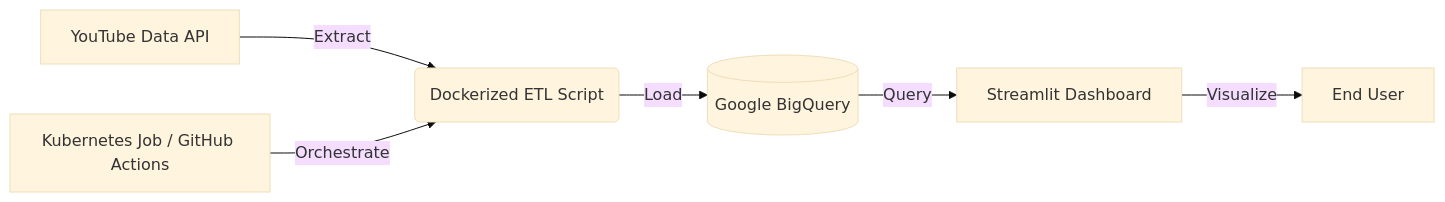
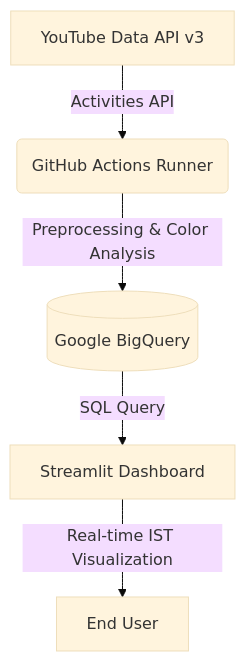
The diagram in README.md (nbx0021/youtube-analytics-pipeline), drawn with Mermaid (base theme) before and after one commit. The commit also changed other lines of this file, not shown here.

````diff
--- a/README.md
+++ b/README.md
@@ -18,9 +20,8 @@
 ```mermaid
-graph LR
-A[YouTube Data API] -->|Extract| B(Dockerized ETL Script)
-B -->|Load| C[(Google BigQuery)]
-D[Kubernetes Job / GitHub Actions] -->|Orchestrate| B
-C -->|Query| E[Streamlit Dashboard]
-E -->|Visualize| F[End User]
+graph TD
+    A[YouTube Data API v3] -->|Activities API| B(GitHub Actions Runner)
+    B -->|Preprocessing & Color Analysis| C[(Google BigQuery)]
+    C -->|SQL Query| D[Streamlit Dashboard]
+    D -->|Real-time IST Visualization| E[End User]
 
 ```
````
